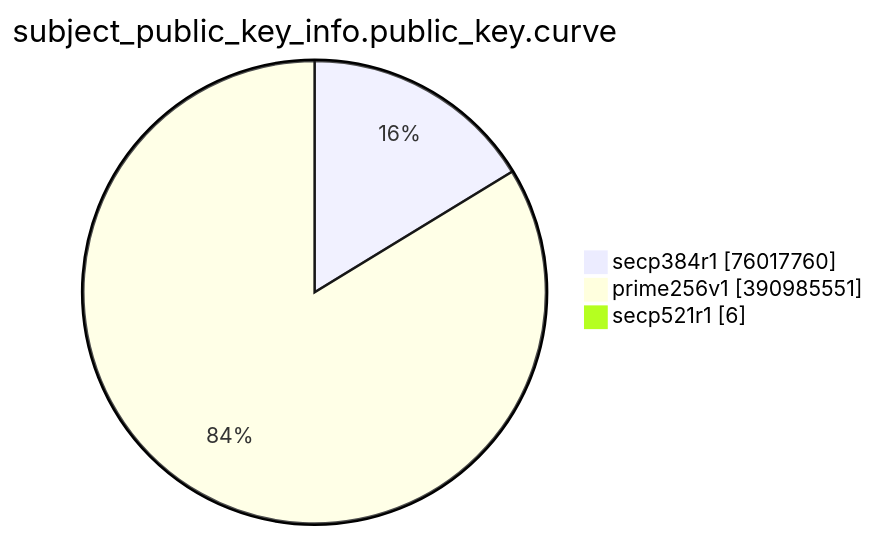
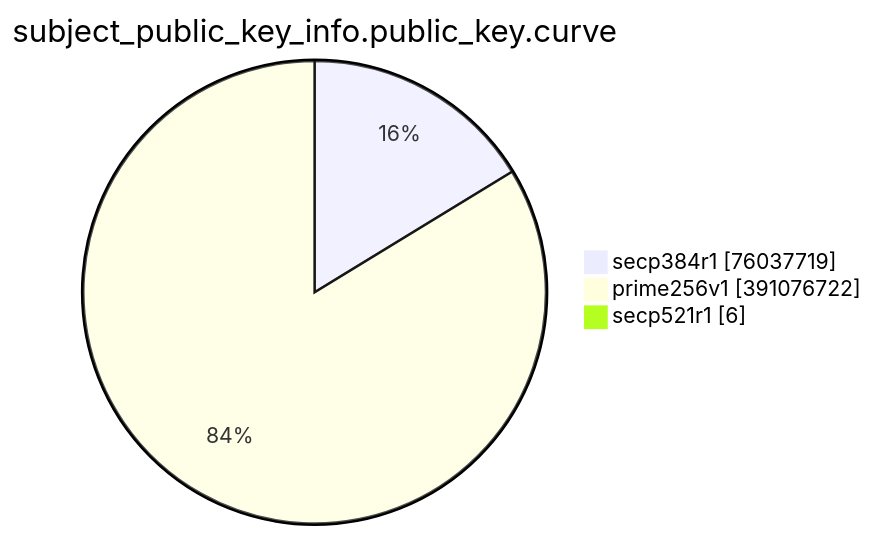
Before and after one commit to christiankrug/ctmonitor_visualization: the eighth of 15 diagrams in TOTAL/README.md, drawn with Mermaid. The commit also changed other lines of this file, not shown here.

````diff
--- a/TOTAL/README.md
+++ b/TOTAL/README.md
@@ -3094,7 +3094,7 @@
 ```mermaid
 pie showData
 title subject_public_key_info.public_key.curve
-"secp384r1" :76017760
-"prime256v1" :390985551
+"secp384r1" :76037719
+"prime256v1" :391076722
 "secp521r1" :6
 ```
````
